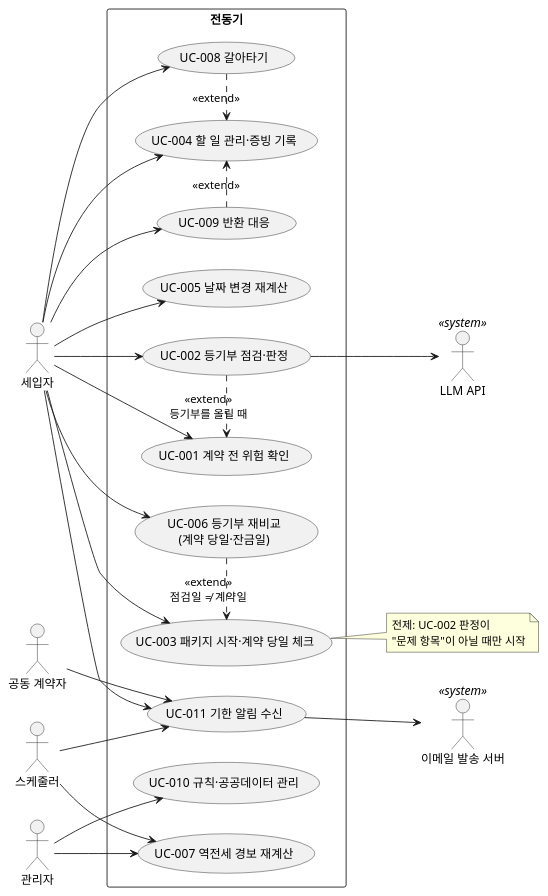
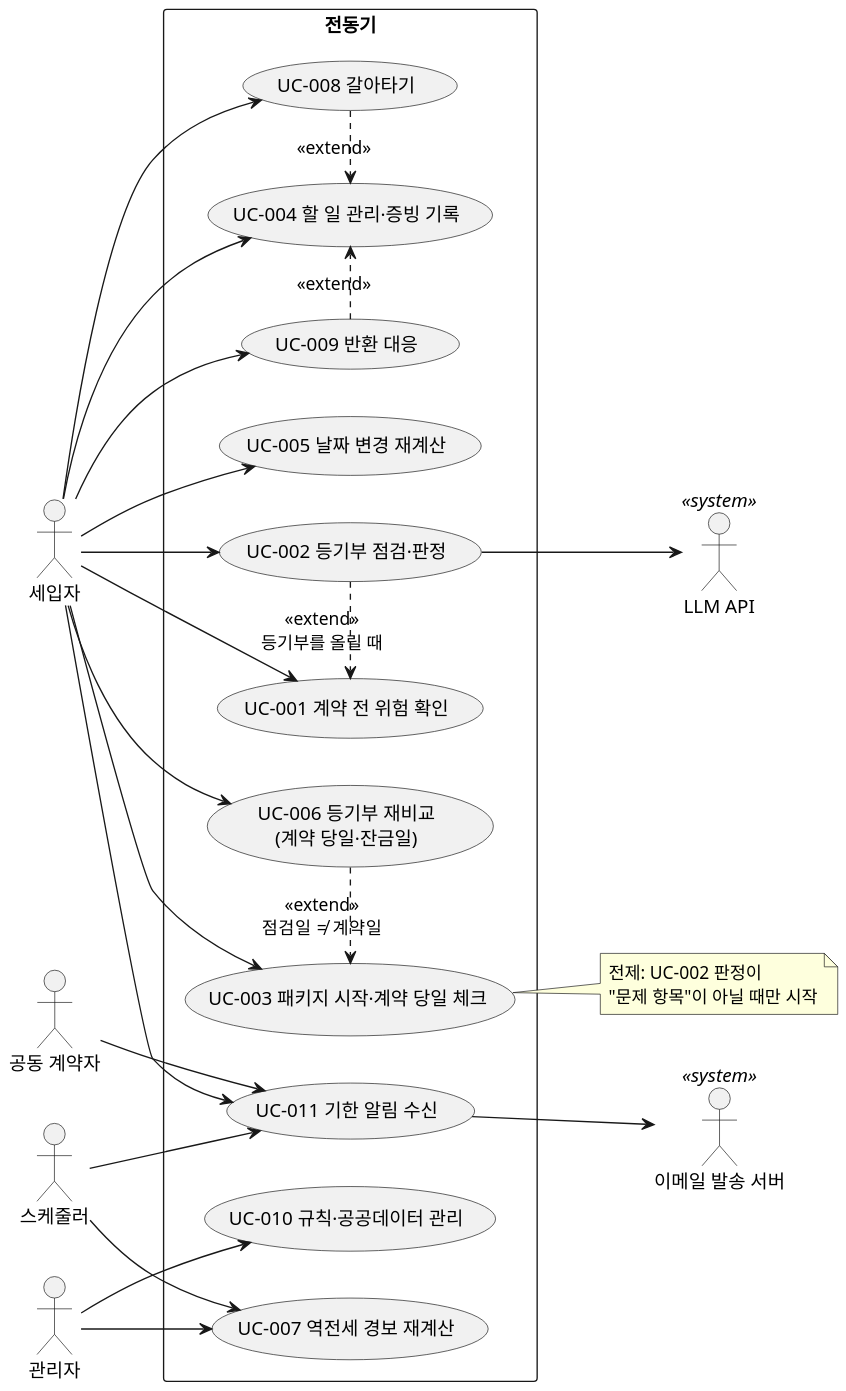
One commit to polopy07/jeonse_companion changed the diagram in docs/srs/usecase_전동기.puml. Above: the diagram before and after it, drawn with PlantUML. The commit also changed 5 other files, not shown here.

Commit message:
SRS: insert Use Case Diagram into section 5.1

```diff
--- a/docs/srs/usecase_전동기.puml
+++ b/docs/srs/usecase_전동기.puml
@@ -1,54 +1,57 @@
 @startuml
-' 전동기 Use Case Diagram — 요구사항 명세서 v0.2 5.1절 기준
+' 전동기 Use Case Diagram — 요구사항 명세서 v0.4 5.1절 기준
+' 그림: usecase_전동기.png (java -jar plantuml.jar -tpng 로 생성)
 left to right direction
+skinparam defaultFontName "Malgun Gothic"
+skinparam dpi 150
 skinparam packageStyle rectangle
 
 actor "세입자" as Tenant
 actor "공동 계약자" as CoTenant
 actor "관리자" as Admin
 actor "스케줄러" as Scheduler
 actor "LLM API" as LLM <<system>>
 actor "이메일 발송 서버" as Mail <<system>>
 
 rectangle "전동기" {
   usecase "UC-001 계약 전 위험 확인" as UC1
   usecase "UC-002 등기부 점검·판정" as UC2
   usecase "UC-003 패키지 시작·계약 당일 체크" as UC3
   usecase "UC-004 할 일 관리·증빙 기록" as UC4
   usecase "UC-005 날짜 변경 재계산" as UC5
   usecase "UC-006 등기부 재비교\n(계약 당일·잔금일)" as UC6
   usecase "UC-007 역전세 경보 재계산" as UC7
   usecase "UC-008 갈아타기" as UC8
   usecase "UC-009 반환 대응" as UC9
   usecase "UC-010 규칙·공공데이터 관리" as UC10
   usecase "UC-011 기한 알림 수신" as UC11
 }
 
 Tenant --> UC1
 Tenant --> UC2
 Tenant --> UC3
 Tenant --> UC4
 Tenant --> UC5
 Tenant --> UC6
 Tenant --> UC8
 Tenant --> UC9
 Tenant --> UC11
 CoTenant --> UC11
 Scheduler --> UC7
 Scheduler --> UC11
 Admin --> UC7
 Admin --> UC10
 
 UC2 .> UC1 : <<extend>>\n등기부를 올릴 때
 UC6 .> UC3 : <<extend>>\n점검일 ≠ 계약일
 UC8 .> UC4 : <<extend>>
 UC9 .> UC4 : <<extend>>
 
 UC2 --> LLM
 UC11 --> Mail
 
 note right of UC3
   전제: UC-002 판정이
   "문제 항목"이 아닐 때만 시작
 end note
 @enduml
```
